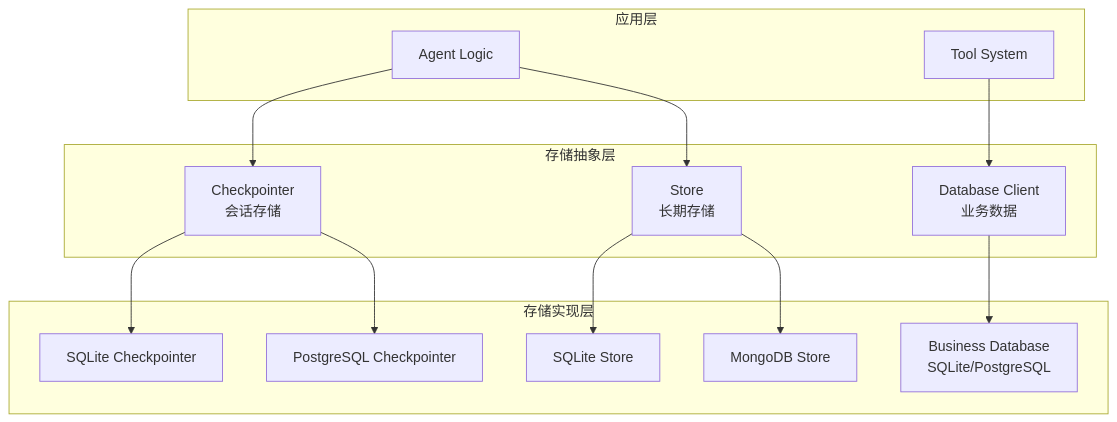
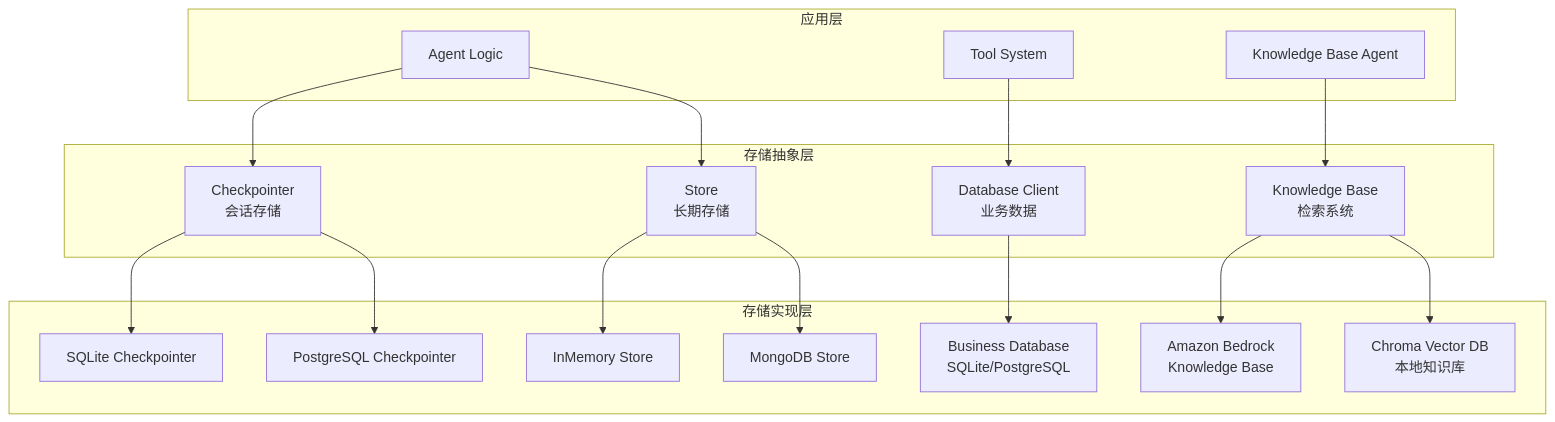
Before and after one commit to franksunye/agent-service-toolkit: the first of 3 diagrams in docs/06_DATABASE_STORAGE.md, drawn with Mermaid. The commit also changed other lines of this file, not shown here.

First line of the commit message:
📚 Enhanced database & storage documentation - added knowledge base & memory systems

````diff
--- a/docs/06_DATABASE_STORAGE.md
+++ b/docs/06_DATABASE_STORAGE.md
@@ -11,31 +26,38 @@
 ```mermaid
 graph TB
     subgraph "应用层"
         AGENT[Agent Logic]
         TOOLS[Tool System]
+        KB_AGENT[Knowledge Base Agent]
     end
-    
+
     subgraph "存储抽象层"
         CHECKPOINTER[Checkpointer<br/>会话存储]
         STORE[Store<br/>长期存储]
         DB_CLIENT[Database Client<br/>业务数据]
+        KB_RETRIEVER[Knowledge Base<br/>检索系统]
     end
-    
+
     subgraph "存储实现层"
         SQLITE_CP[SQLite Checkpointer]
         POSTGRES_CP[PostgreSQL Checkpointer]
-        SQLITE_STORE[SQLite Store]
+        MEMORY_STORE[InMemory Store]
         MONGO_STORE[MongoDB Store]
         BUSINESS_DB[Business Database<br/>SQLite/PostgreSQL]
+        BEDROCK_KB[Amazon Bedrock<br/>Knowledge Base]
+        CHROMA_DB[Chroma Vector DB<br/>本地知识库]
     end
-    
+
     AGENT --> CHECKPOINTER
     AGENT --> STORE
     TOOLS --> DB_CLIENT
-    
+    KB_AGENT --> KB_RETRIEVER
+
     CHECKPOINTER --> SQLITE_CP
     CHECKPOINTER --> POSTGRES_CP
-    STORE --> SQLITE_STORE
+    STORE --> MEMORY_STORE
     STORE --> MONGO_STORE
     DB_CLIENT --> BUSINESS_DB
+    KB_RETRIEVER --> BEDROCK_KB
+    KB_RETRIEVER --> CHROMA_DB
 ```
````
